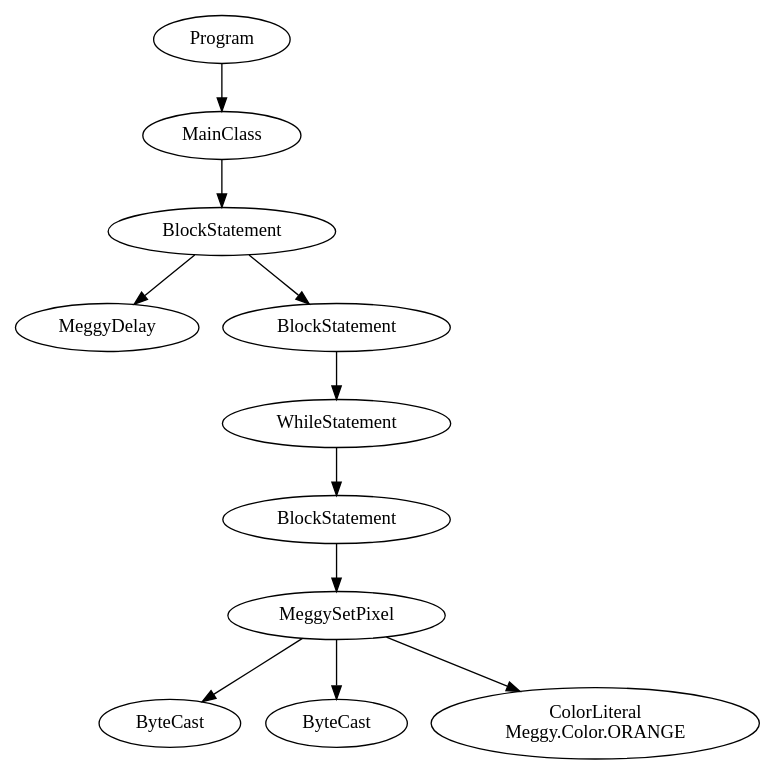
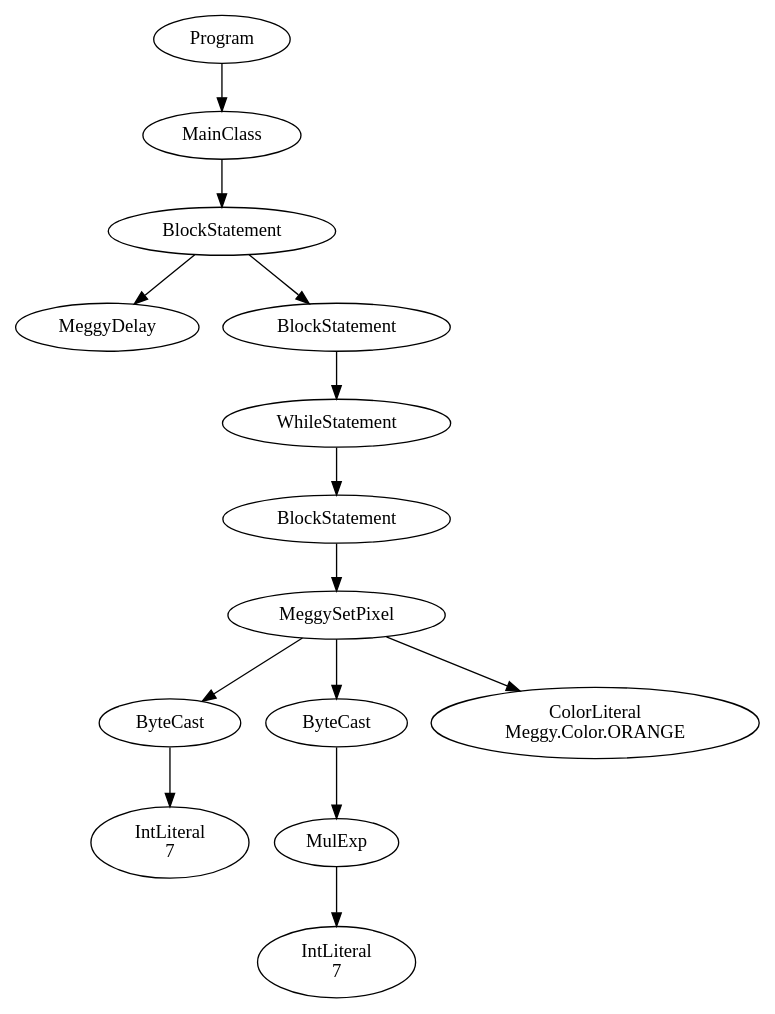
Before and after one commit to karmaUdel/Meggy-Java-Compiler: the diagram in PA3buttondot.java.ast.dot, drawn with Graphviz. The commit also changed 12 other files, not shown here.

```diff
--- a/PA3buttondot.java.ast.dot
+++ b/PA3buttondot.java.ast.dot
@@ -1,23 +1,29 @@
 digraph ASTGraph {
 0 [ label="Program" ];
 1 [ label="MainClass" ];
 0 -> 1
 2 [ label="BlockStatement" ];
 1 -> 2
 3 [ label="MeggyDelay" ];
 2 -> 3
 4 [ label="BlockStatement" ];
 2 -> 4
 5 [ label="WhileStatement" ];
 4 -> 5
 6 [ label="BlockStatement" ];
 5 -> 6
 7 [ label="MeggySetPixel" ];
 6 -> 7
 8 [ label="ByteCast" ];
 7 -> 8
-9 [ label="ByteCast" ];
-7 -> 9
-10 [ label="ColorLiteral\nMeggy.Color.ORANGE" ];
+9 [ label="IntLiteral\n7" ];
+8 -> 9
+10 [ label="ByteCast" ];
 7 -> 10
+11 [ label="MulExp" ];
+10 -> 11
+12 [ label="IntLiteral\n7" ];
+11 -> 12
+13 [ label="ColorLiteral\nMeggy.Color.ORANGE" ];
+7 -> 13
 }
```
